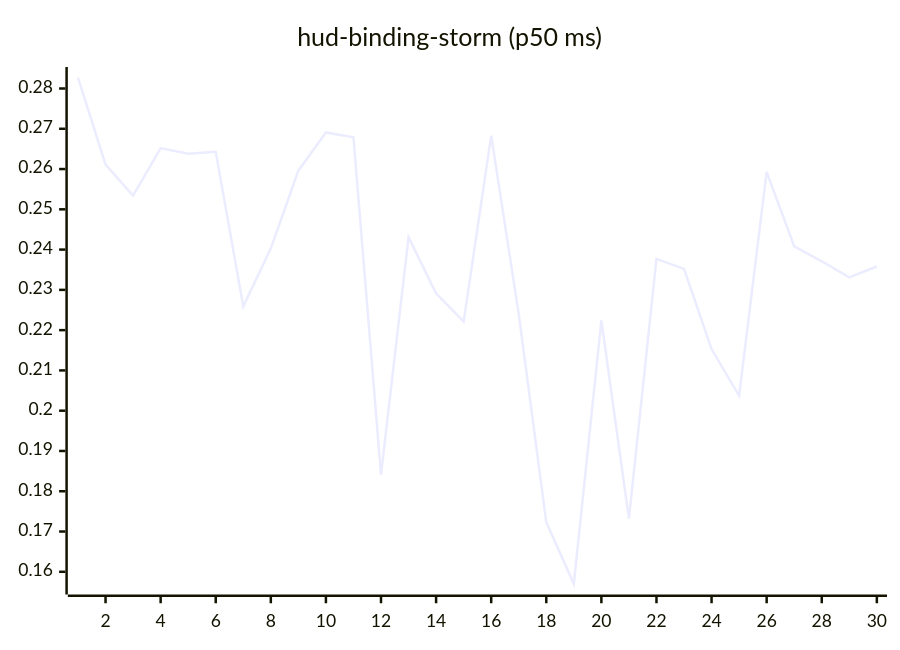
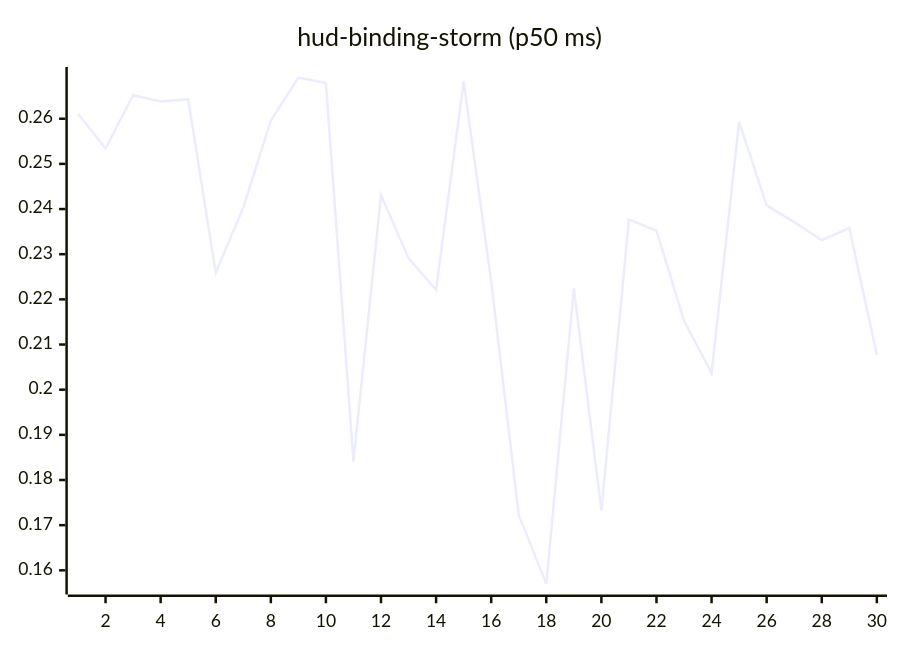
One commit to josha/Facet changed the tenth of 27 diagrams in README.md. Above: the diagram before and after it, drawn with Mermaid. The commit also changed other lines of this file and 2 other files, not shown here.

````diff
--- a/README.md
+++ b/README.md
@@ -126,6 +126,6 @@
 ```mermaid
 xychart-beta
     title "hud-binding-storm (p50 ms)"
     x-axis 1 --> 30
-    line [0.2827, 0.2611, 0.2534, 0.2652, 0.2638, 0.2643, 0.2259, 0.2403, 0.2596, 0.2691, 0.2679, 0.1841, 0.2431, 0.2291, 0.2221, 0.2683, 0.2240, 0.1723, 0.1570, 0.2224, 0.1732, 0.2377, 0.2352, 0.2153, 0.2037, 0.2593, 0.2408, 0.2371, 0.2331, 0.2358]
+    line [0.2611, 0.2534, 0.2652, 0.2638, 0.2643, 0.2259, 0.2403, 0.2596, 0.2691, 0.2679, 0.1841, 0.2431, 0.2291, 0.2221, 0.2683, 0.2240, 0.1723, 0.1570, 0.2224, 0.1732, 0.2377, 0.2352, 0.2153, 0.2037, 0.2593, 0.2408, 0.2371, 0.2331, 0.2358, 0.2077]
 ```
````
